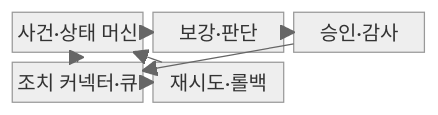
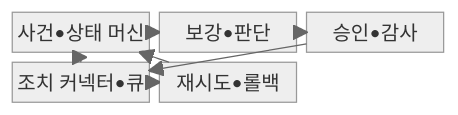
One commit to agnusdei1207/knowledge-base changed the first of 2 diagrams in src/content/docs/notes/05-security/036_soar.md. Above: the diagram before and after it, drawn with Mermaid (neutral theme). The commit also changed other lines of this file and 953 other files, not shown here.

````diff
--- a/src/content/docs/notes/05-security/036_soar.md
+++ b/src/content/docs/notes/05-security/036_soar.md
@@ -65,15 +65,15 @@
 ```mermaid
 block
   columns 3
-  A["사건·상태 머신"]
-  B["보강·판단"]
-  C["승인·감사"]
-  D["조치 커넥터·큐"]
-  E["재시도·롤백"]
+  A["사건•상태 머신"]
+  B["보강•판단"]
+  C["승인•감사"]
+  D["조치 커넥터•큐"]
+  E["재시도•롤백"]
     A --> B
     B --> C
     C --> D
     D --> A
     E --> D
     E --> A
 ```
````
